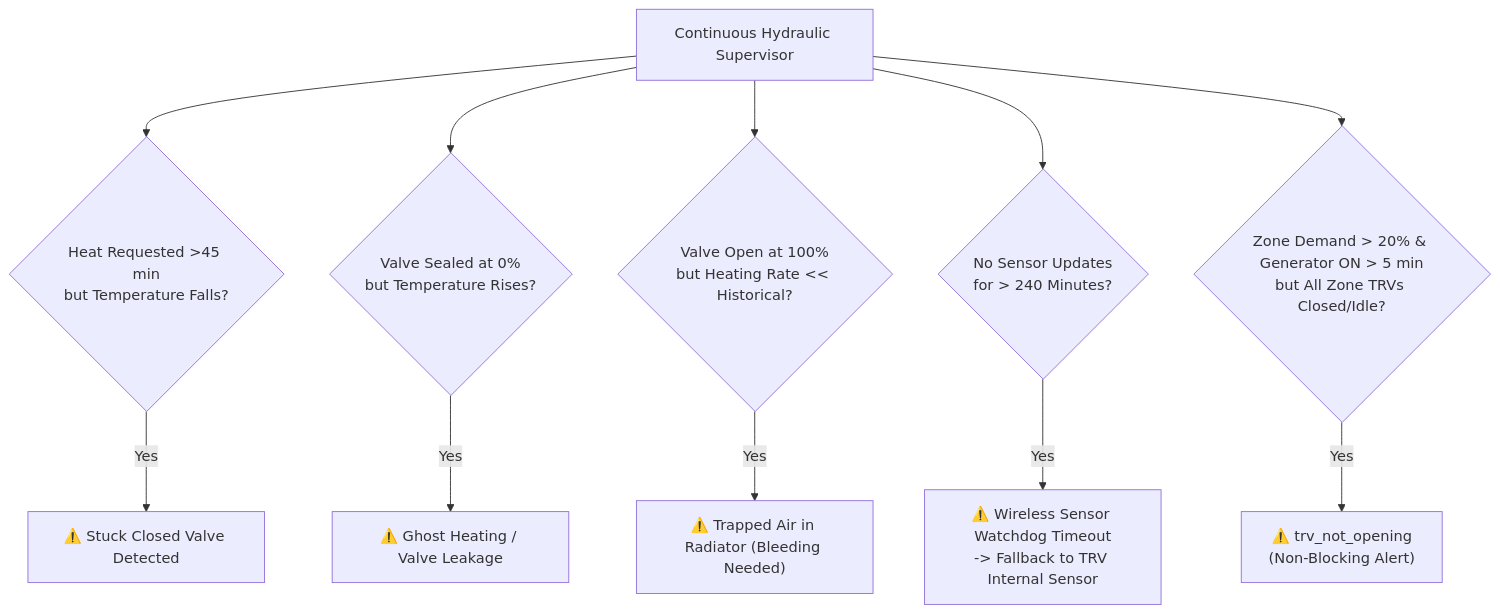
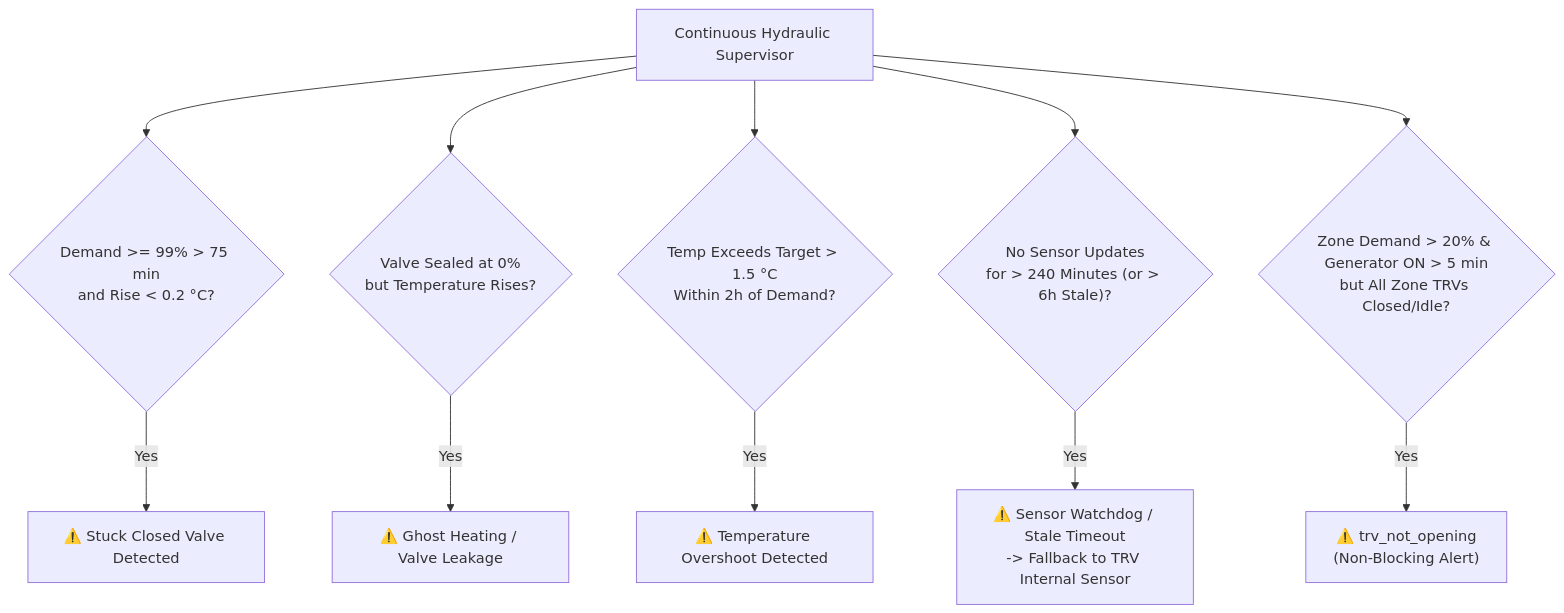
One commit to alex-military/multizone-thermostat changed the diagram in docs/wiki/diagnostics_safety.md. Above: the diagram before and after it, drawn with Mermaid. The commit also changed other lines of this file and 25 other files, not shown here.

Commit message:
docs: update wiki, README and roadmap through v6.0.26

````diff
--- a/docs/wiki/diagnostics_safety.md
+++ b/docs/wiki/diagnostics_safety.md
@@ -13,18 +13,18 @@
 ```mermaid
 flowchart TD
     Diagnosi["Continuous Hydraulic Supervisor"]
-    Diagnosi --> CheckBlocco{"Heat Requested >45 min<br>but Temperature Falls?"}
+    Diagnosi --> CheckBlocco{"Demand >= 99% > 75 min<br>and Rise < 0.2 °C?"}
     CheckBlocco -->|Yes| AllarmeBlocco["⚠️ Stuck Closed Valve Detected"]
     
     Diagnosi --> CheckTrafilamento{"Valve Sealed at 0%<br>but Temperature Rises?"}
     CheckTrafilamento -->|Yes| AllarmeTrafilamento["⚠️ Ghost Heating / Valve Leakage"]
     
-    Diagnosi --> CheckAria{"Valve Open at 100%<br>but Heating Rate << Historical?"}
-    CheckAria -->|Yes| AllarmeAria["⚠️ Trapped Air in Radiator (Bleeding Needed)"]
+    Diagnosi --> CheckOvershoot{"Temp Exceeds Target > 1.5 °C<br>Within 2h of Demand?"}
+    CheckOvershoot -->|Yes| AllarmeOvershoot["⚠️ Temperature Overshoot Detected"]
     
-    Diagnosi --> CheckSonda{"No Sensor Updates<br>for > 240 Minutes?"}
-    CheckSonda -->|Yes| AllarmeSonda["⚠️ Wireless Sensor Watchdog Timeout<br>-> Fallback to TRV Internal Sensor"]
+    Diagnosi --> CheckSonda{"No Sensor Updates<br>for > 240 Minutes (or > 6h Stale)?"}
+    CheckSonda -->|Yes| AllarmeSonda["⚠️ Sensor Watchdog / Stale Timeout<br>-> Fallback to TRV Internal Sensor"]
     
     Diagnosi --> CheckTrvOpen{"Zone Demand > 20% & Generator ON > 5 min<br>but All Zone TRVs Closed/Idle?"}
     CheckTrvOpen -->|Yes| AllarmeTrvOpen["⚠️ trv_not_opening<br>(Non-Blocking Alert)"]
 ```
````
